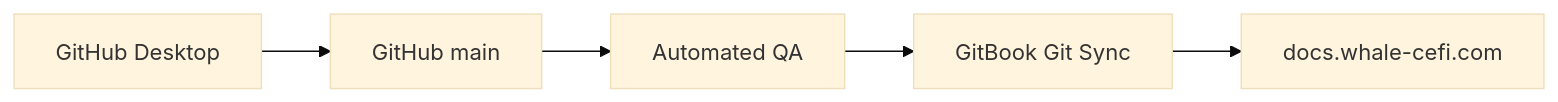
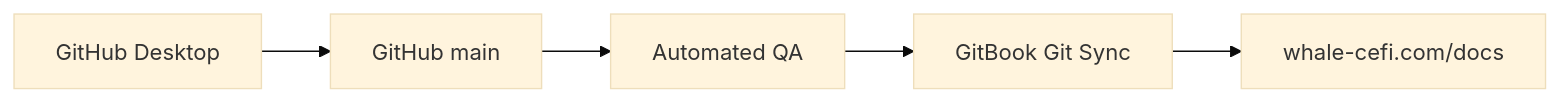
One commit to Whale-CeFI/docs.whale-cefi.com changed the diagram in control/OWNER_GITHUB_GITBOOK_RUNBOOK_RU.md. Above: the diagram before and after it, drawn with Mermaid (base theme). The commit also changed other lines of this file and 330 other files, not shown here.

````diff
--- a/control/OWNER_GITHUB_GITBOOK_RUNBOOK_RU.md
+++ b/control/OWNER_GITHUB_GITBOOK_RUNBOOK_RU.md
@@ -13,7 +13,7 @@
 ```mermaid
 flowchart LR
     A["GitHub Desktop"] --> B["GitHub main"]
     B --> C["Automated QA"]
     C --> D["GitBook Git Sync"]
-    D --> E["docs.whale-cefi.com"]
+    D --> E["whale-cefi.com/docs"]
 ```
````
